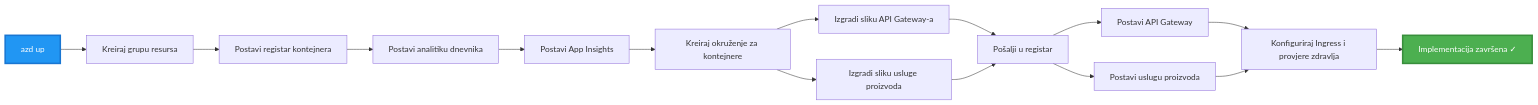
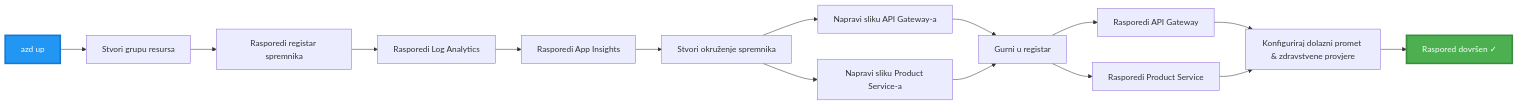
Before and after one commit to microsoft/AZD-for-beginners: the third of 4 diagrams in translations/hr/examples/microservices/README.md, drawn with Mermaid. The commit also changed other lines of this file and 242 other files, not shown here.

````diff
--- a/translations/hr/examples/microservices/README.md
+++ b/translations/hr/examples/microservices/README.md
@@ -242,20 +233,20 @@
 ```mermaid
 graph LR
-    A[azd up] --> B[Kreiraj grupu resursa]
-    B --> C[Postavi registar kontejnera]
-    C --> D[Postavi analitiku dnevnika]
-    D --> E[Postavi App Insights]
-    E --> F[Kreiraj okruženje za kontejnere]
-    F --> G[Izgradi sliku API Gateway-a]
-    F --> H[Izgradi sliku usluge proizvoda]
-    G --> I[Pošalji u registar]
+    A[azd up] --> B[Stvori grupu resursa]
+    B --> C[Rasporedi registar spremnika]
+    C --> D[Rasporedi Log Analytics]
+    D --> E[Rasporedi App Insights]
+    E --> F[Stvori okruženje spremnika]
+    F --> G[Napravi sliku API Gateway-a]
+    F --> H[Napravi sliku Product Service-a]
+    G --> I[Gurni u registar]
     H --> I
-    I --> J[Postavi API Gateway]
-    I --> K[Postavi uslugu proizvoda]
-    J --> L[Konfiguriraj Ingress i provjere zdravlja]
+    I --> J[Rasporedi API Gateway]
+    I --> K[Rasporedi Product Service]
+    J --> L[Konfiguriraj dolazni promet & zdravstvene provjere]
     K --> L
-    L --> M[Implementacija završena ✓]
+    L --> M[Raspored dovršen ✓]
     
     style A fill:#2196F3,stroke:#1976D2,stroke-width:3px,color:#fff
     style M fill:#4CAF50,stroke:#388E3C,stroke-width:3px,color:#fff
 ```
````
